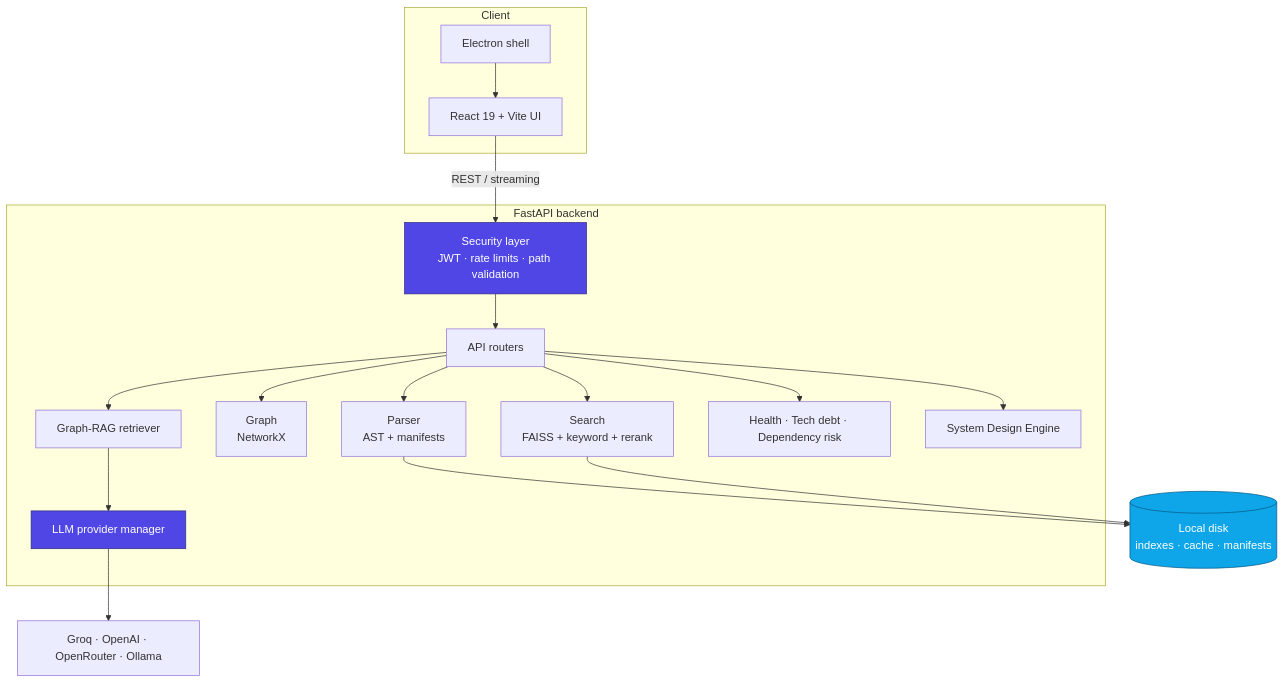
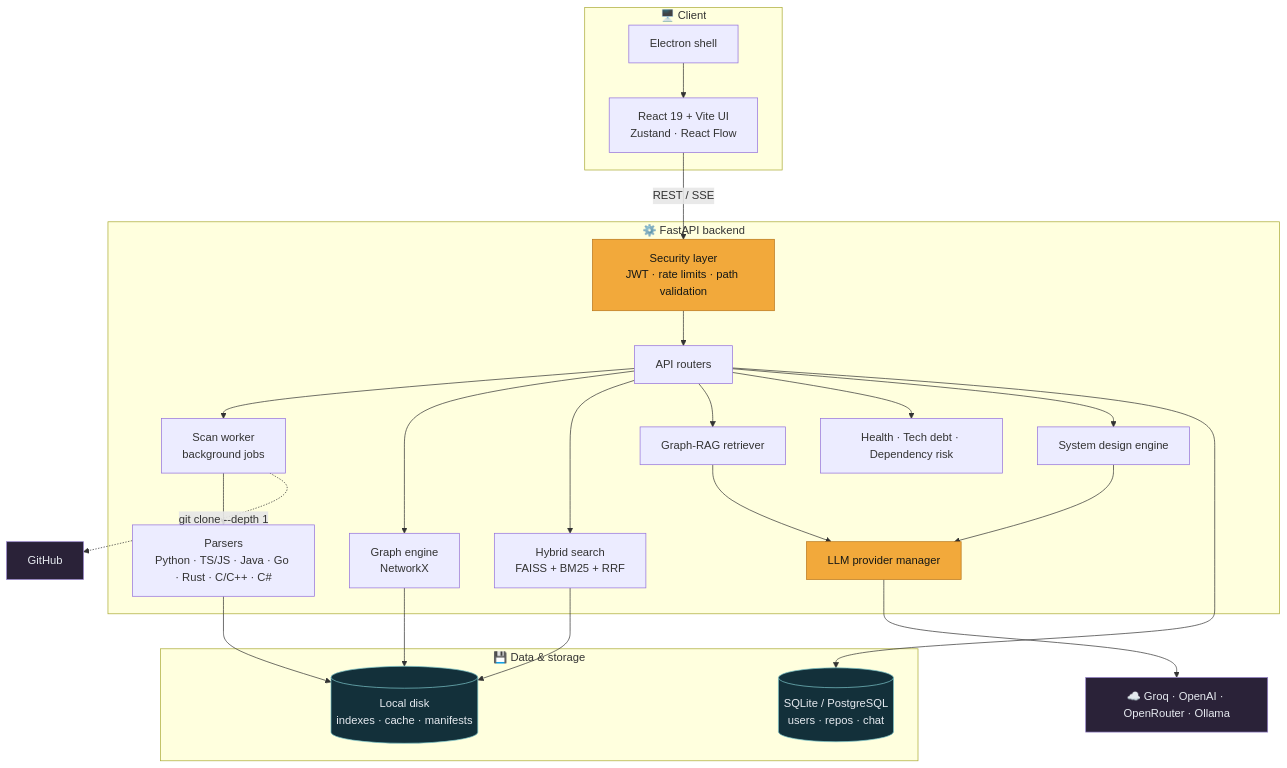
Before and after one commit to Arnav-aka-guy/Repository-scanner-engine: the first of 4 diagrams in readme.md, drawn with Mermaid. The commit also changed other lines of this file and 15 other files, not shown here.

Commit message:
docs: new README with demo, screenshots and diagrams

````diff
--- a/readme.md
+++ b/readme.md
@@ -180,28 +193,40 @@
 ```mermaid
 flowchart TB
-    subgraph Client["Client"]
-        E["Electron shell"] --> UI["React 19 + Vite UI"]
+    subgraph Client["🖥️ Client"]
+        E["Electron shell"] --> UI["React 19 + Vite UI<br/>Zustand · React Flow"]
     end
 
-    UI -- "REST / streaming" --> SEC
+    UI -- "REST / SSE" --> SEC
 
-    subgraph Backend["FastAPI backend"]
+    subgraph Backend["⚙️ FastAPI backend"]
         SEC["Security layer<br/>JWT · rate limits · path validation"] --> API["API routers"]
-        API --> P["Parser<br/>AST + manifests"]
-        API --> G["Graph<br/>NetworkX"]
-        API --> S["Search<br/>FAISS + keyword + rerank"]
+        API --> SW["Scan worker<br/>background jobs"]
+        SW --> P["Parsers<br/>Python · TS/JS · Java · Go · Rust · C/C++ · C#"]
+        API --> G["Graph engine<br/>NetworkX"]
+        API --> S["Hybrid search<br/>FAISS + BM25 + RRF"]
         API --> R["Graph-RAG retriever"]
         API --> H["Health · Tech debt · Dependency risk"]
-        API --> SD["System Design Engine"]
+        API --> SD["System design engine"]
         R --> L["LLM provider manager"]
+        SD --> L
     end
 
-    P --> D[("Local disk<br/>indexes · cache · manifests")]
+    subgraph Data["💾 Data & storage"]
+        DB[("SQLite / PostgreSQL<br/>users · repos · chat")]
+        D[("Local disk<br/>indexes · cache · manifests")]
+    end
+
+    API --> DB
+    P --> D
     S --> D
-    L --> X["Groq · OpenAI · OpenRouter · Ollama"]
+    G --> D
+    L --> X["☁️ Groq · OpenAI · OpenRouter · Ollama"]
+    SW -. "git clone --depth 1" .-> GH["GitHub"]
 
-    classDef accent fill:#4f46e5,stroke:#312e81,color:#fff
-    classDef store fill:#0ea5e9,stroke:#075985,color:#fff
+    classDef accent fill:#F2A93B,stroke:#b8761a,color:#151816
+    classDef store fill:#13303a,stroke:#7CC4C9,color:#E6EAF0
+    classDef ext fill:#2a2238,stroke:#9580CA,color:#E6EAF0
     class SEC,L accent
-    class D store
+    class DB,D store
+    class X,GH ext
 ```
````
